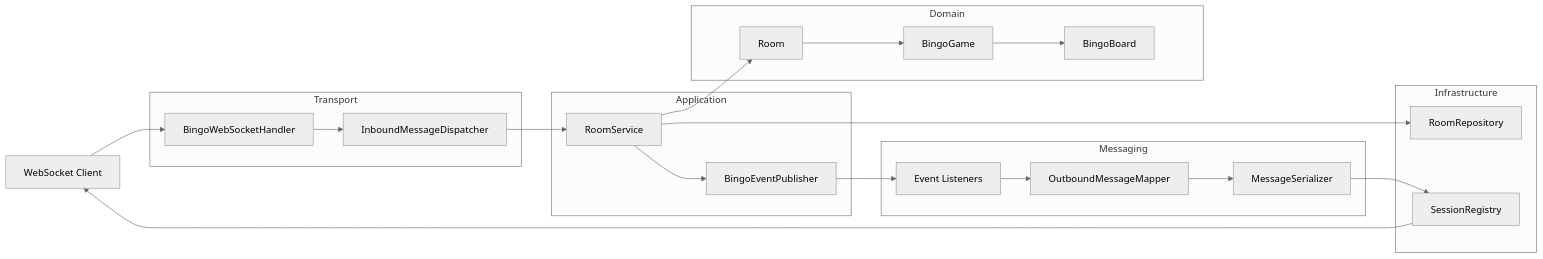
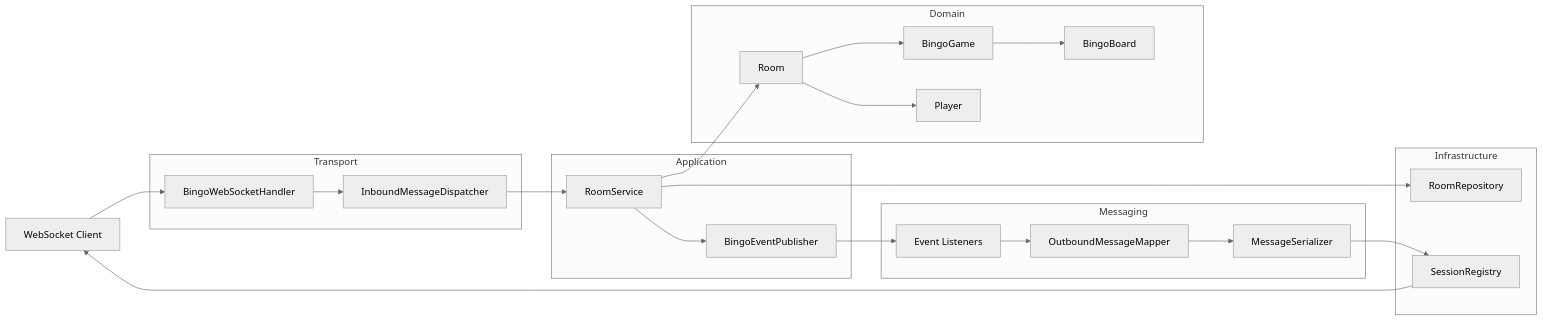
Before and after one commit to AnirudhPandita2020/bingo: the first of 2 diagrams in README.md, drawn with Mermaid (neutral theme).

````diff
--- a/README.md
+++ b/README.md
@@ -29,39 +29,41 @@
 ```mermaid
 flowchart LR
     Client["WebSocket Client"]
     subgraph Transport
         Handler["BingoWebSocketHandler"]
         Dispatcher["InboundMessageDispatcher"]
     end
     subgraph Application
         Service["RoomService"]
         Publisher["BingoEventPublisher"]
     end
     subgraph Domain
         Room["Room"]
         Game["BingoGame"]
         Board["BingoBoard"]
+        Player["Player"]
     end
     subgraph Messaging
         Listeners["Event Listeners"]
         Mapper["OutboundMessageMapper"]
         Serializer["MessageSerializer"]
     end
     subgraph Infrastructure
         Repository["RoomRepository"]
         Registry["SessionRegistry"]
     end
     Client --> Handler
     Handler --> Dispatcher
     Dispatcher --> Service
     Service --> Room
     Room --> Game
+    Room --> Player
     Game --> Board
     Service --> Repository
     Service --> Publisher
     Publisher --> Listeners
     Listeners --> Mapper
     Mapper --> Serializer
     Serializer --> Registry
     Registry --> Client
 ```
````
